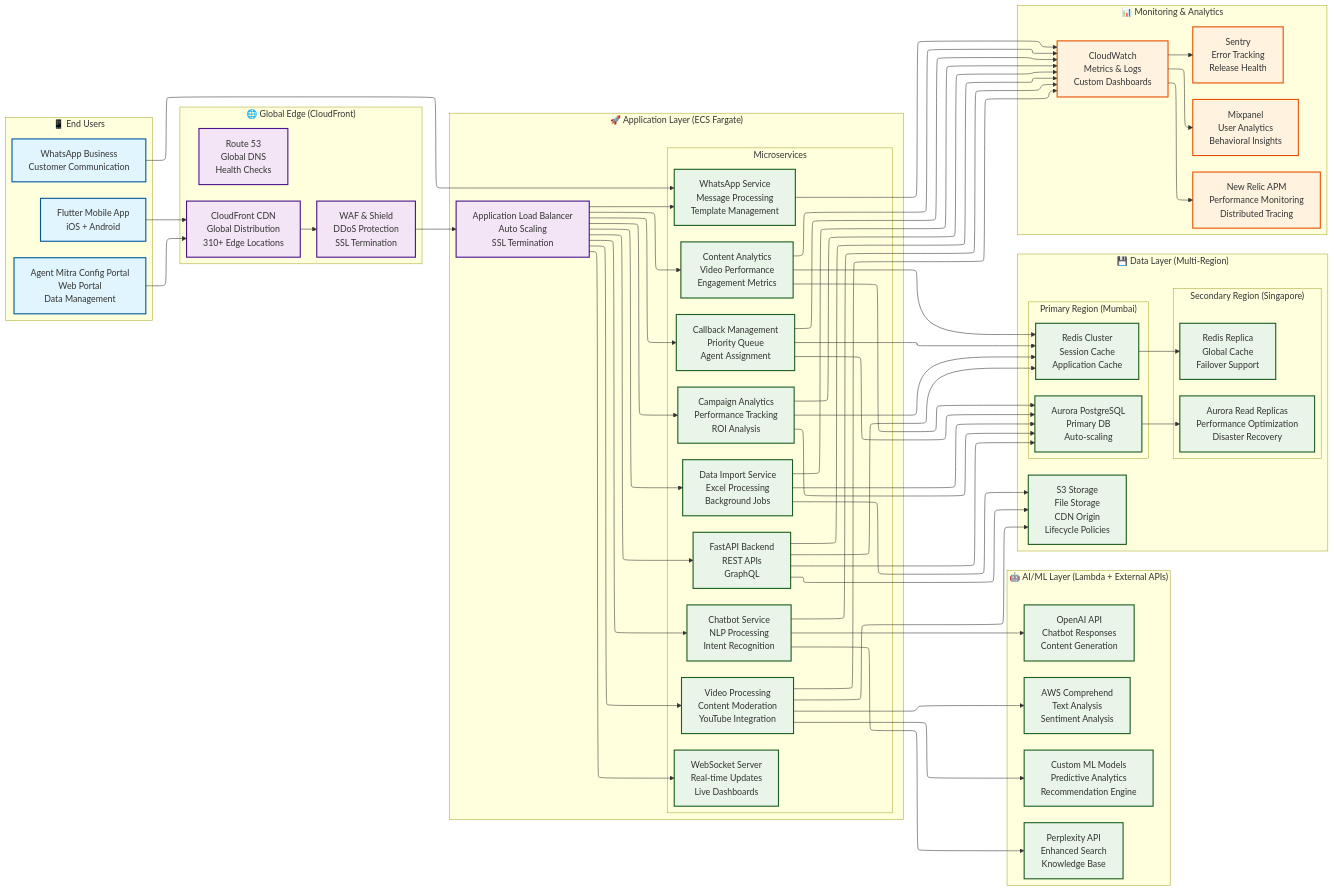
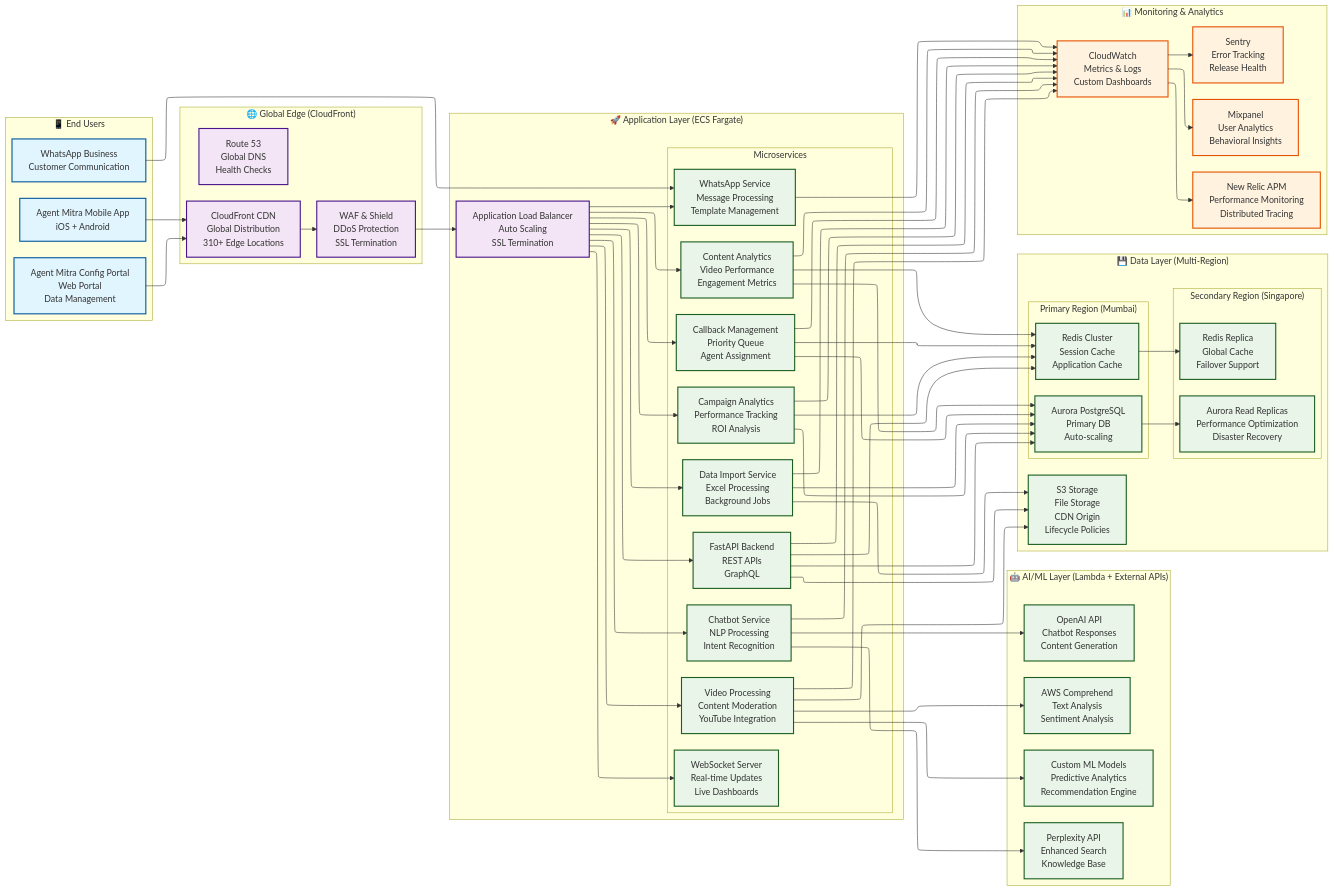
The first of 11 diagrams in discovery/deployment/deployment-design.md (manizvlabs/agentmitra), drawn with Mermaid before and after one commit. The commit also changed other lines of this file and 2 other files, not shown here.

```diff
--- a/discovery/deployment/deployment-design.md
+++ b/discovery/deployment/deployment-design.md
@@ -47,7 +47,7 @@
 ---
 flowchart LR
  subgraph subGraph0["📱 End Users"]
-        Mobile["Flutter Mobile App<br>iOS + Android"]
+        Mobile["Agent Mitra Mobile App<br>iOS + Android"]
         Portal["Agent Mitra Config Portal<br>Web Portal<br>Data Management"]
         WhatsApp["WhatsApp Business<br>Customer Communication"]
   end
```
